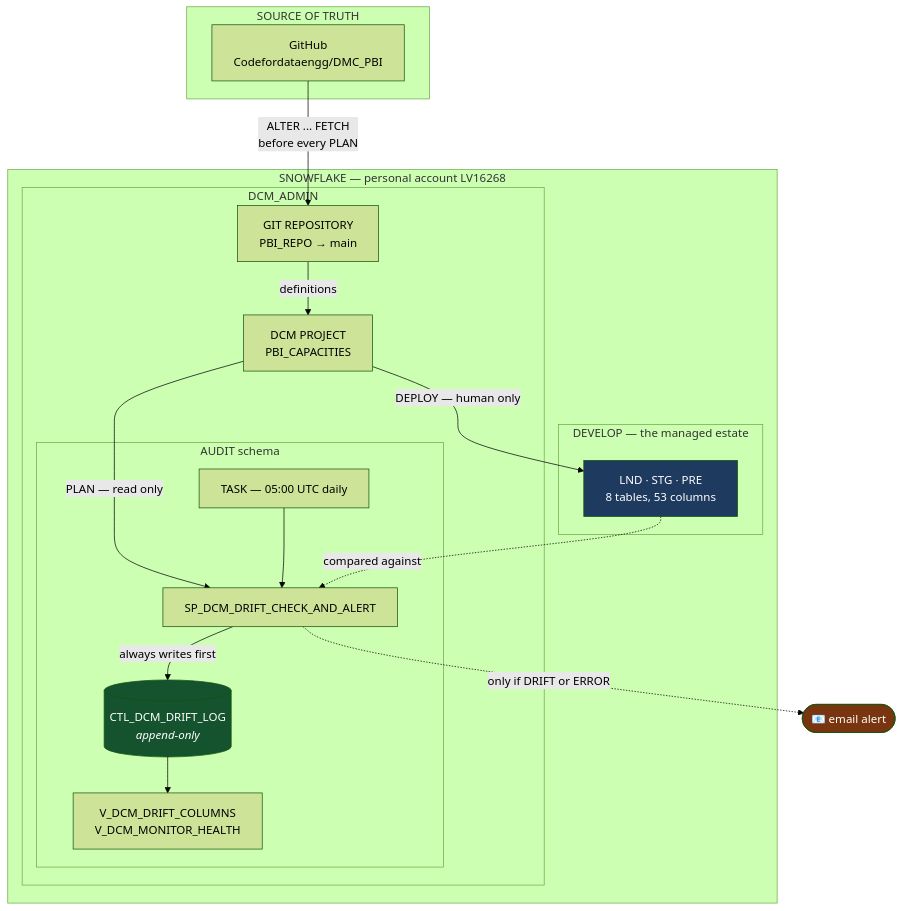
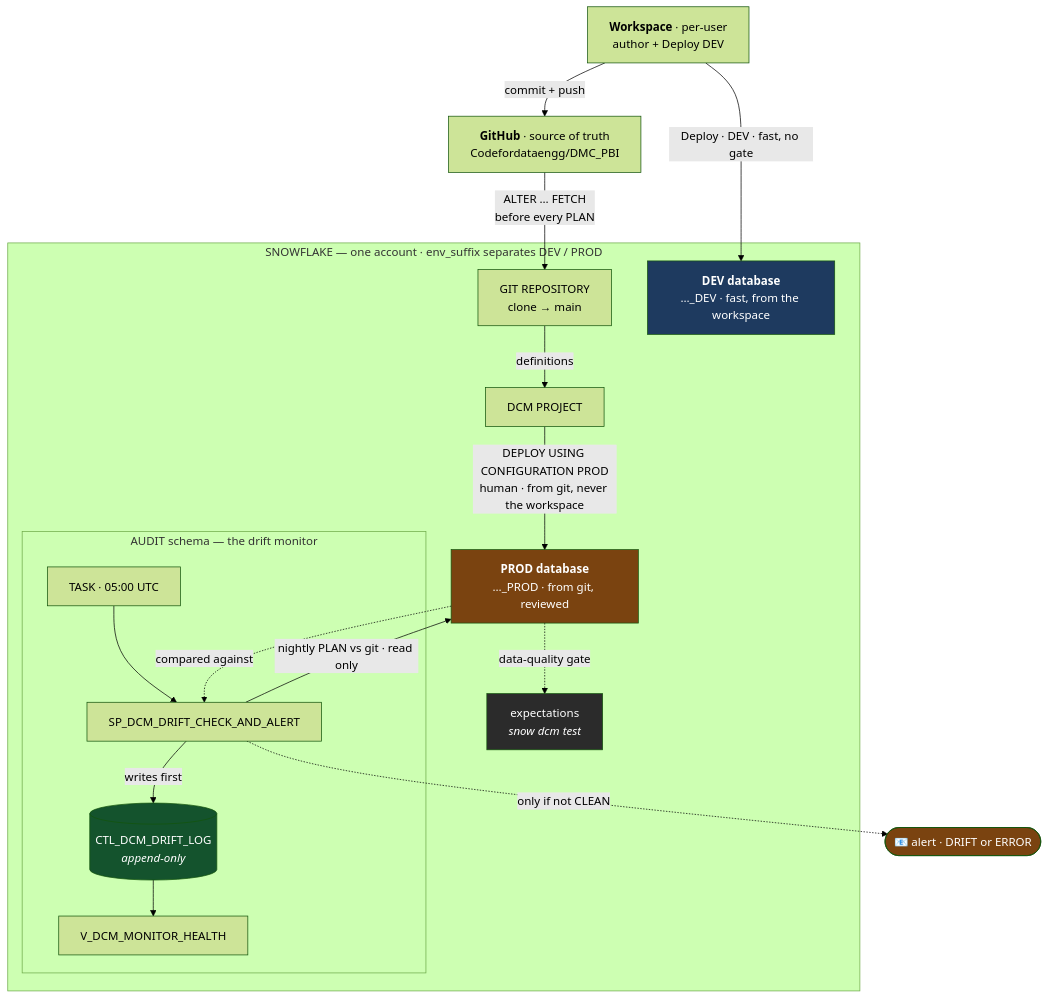
One commit to Codefordataengg/DMC_PBI changed the second of 5 diagrams in docs/DCM_ARCHITECTURE.md. Above: the diagram before and after it, drawn with Mermaid (forest theme). The commit also changed other lines of this file, not shown here.

Commit message:
Architecture §2: redraw the hero diagram for git-first dev/prod + expectations
The §2 'What was built' diagram still showed the old single-DEVELOP model — one
DEPLOY arrow to one estate, no dev/prod, no expectations. Renamed to 'The
architecture' and redrawn as three flows:
  - dev: workspace → DEV database (fast, no gate)
  - prod: workspace → GitHub → GIT REPOSITORY → DCM PROJECT → PROD database,
    deployed FROM git via USING CONFIGURATION PROD, never the workspace
  - monitor: nightly task plans PROD vs git, logs, alerts if not CLEAN
Plus an expectations node (snow dcm test) as a data-quality gate.

Caption states what was proven (monitor, F11) vs demonstrated (dev/prod promotion,
expectations F15), and the deploy-from-git rationale.

Also fixed a stray 'V' typo in the §1 problem diagram that would have broken its
mermaid render. Audited the other diagrams: §3 (three copies), §4 (verdicts) are
about definitions/verdicts, not the deploy model — still accurate. §7 deployment
flow was already updated.

Claude-Session: https://claude.ai/code/session_01K8zkg1ABYKGv6DLUxPXUSx

````diff
--- a/docs/DCM_ARCHITECTURE.md
+++ b/docs/DCM_ARCHITECTURE.md
@@ -40,38 +40,38 @@
 ```mermaid
 flowchart TB
-    subgraph src["SOURCE OF TRUTH"]
-        G["GitHub<br/>Codefordataengg/DMC_PBI"]
-    end
+    G["<b>GitHub</b> · source of truth<br/>Codefordataengg/DMC_PBI"]
+    W["<b>Workspace</b> · per-user<br/>author + Deploy DEV"]
 
-    subgraph sf["SNOWFLAKE — personal account LV16268"]
-        subgraph admin["DCM_ADMIN"]
-            R["GIT REPOSITORY<br/>PBI_REPO → main"]
-            P["DCM PROJECT<br/>PBI_CAPACITIES"]
-            subgraph aud["AUDIT schema"]
-                L[("CTL_DCM_DRIFT_LOG<br/><i>append-only</i>")]
-                V["V_DCM_DRIFT_COLUMNS<br/>V_DCM_MONITOR_HEALTH"]
-                SP["SP_DCM_DRIFT_CHECK_AND_ALERT"]
-                T["TASK — 05:00 UTC daily"]
-            end
-        end
-        subgraph dev["DEVELOP — the managed estate"]
-            D["LND · STG · PRE<br/>8 tables, 53 columns"]
+    subgraph sf["SNOWFLAKE — one account · env_suffix separates DEV / PROD"]
+        R["GIT REPOSITORY<br/>clone → main"]
+        P["DCM PROJECT"]
+        DEV["<b>DEV database</b><br/>…_DEV · fast, from the workspace"]
+        PROD["<b>PROD database</b><br/>…_PROD · from git, reviewed"]
+        EX["expectations<br/><i>snow dcm test</i>"]
+        subgraph aud["AUDIT schema — the drift monitor"]
+            T["TASK · 05:00 UTC"]
+            SP["SP_DCM_DRIFT_CHECK_AND_ALERT"]
+            L[("CTL_DCM_DRIFT_LOG<br/><i>append-only</i>")]
+            V["V_DCM_MONITOR_HEALTH"]
         end
     end
+    M(["📧 alert · DRIFT or ERROR"])
 
-    M(["📧 email alert"])
+    W -->|"Deploy · DEV · fast, no gate"| DEV
+    W -->|"commit + push"| G
+    G -->|"ALTER … FETCH<br/>before every PLAN"| R
+    R -->|definitions| P
+    P -->|"DEPLOY USING CONFIGURATION PROD<br/>human · from git, never the workspace"| PROD
+    T --> SP
+    SP -->|"nightly PLAN vs git · read only"| PROD
+    PROD -.->|"compared against"| SP
+    SP -->|"writes first"| L --> V
+    SP -.->|"only if not CLEAN"| M
+    PROD -.->|"data-quality gate"| EX
 
-    G -->|"ALTER ... FETCH<br/>before every PLAN"| R
-    R -->|"definitions"| P
-    P -->|PLAN — read only| SP
-    P -->|"DEPLOY — human only"| D
-    T --> SP
-    SP -->|"always writes first"| L
-    L --> V
-    SP -.->|"only if DRIFT or ERROR"| M
-    D -.->|"compared against"| SP
-
-    style D fill:#1e3a5f,color:#fff
+    style DEV fill:#1e3a5f,color:#fff
+    style PROD fill:#7a4310,color:#fff
     style L fill:#14532d,color:#fff
-    style M fill:#78350f,color:#fff
+    style M fill:#7a4310,color:#fff
+    style EX fill:#2b2b2b,color:#fff
 ```
````
